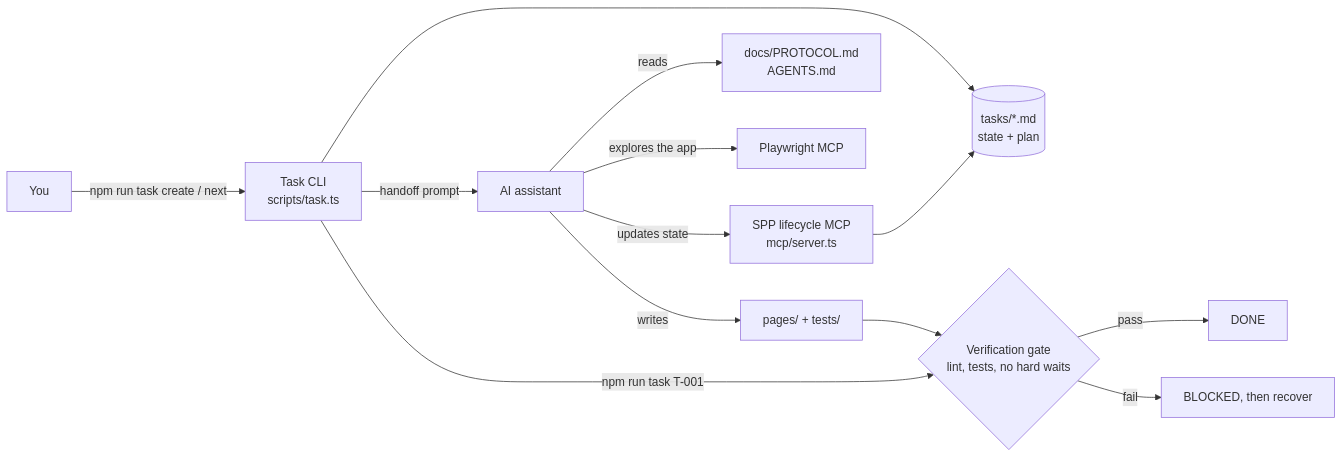
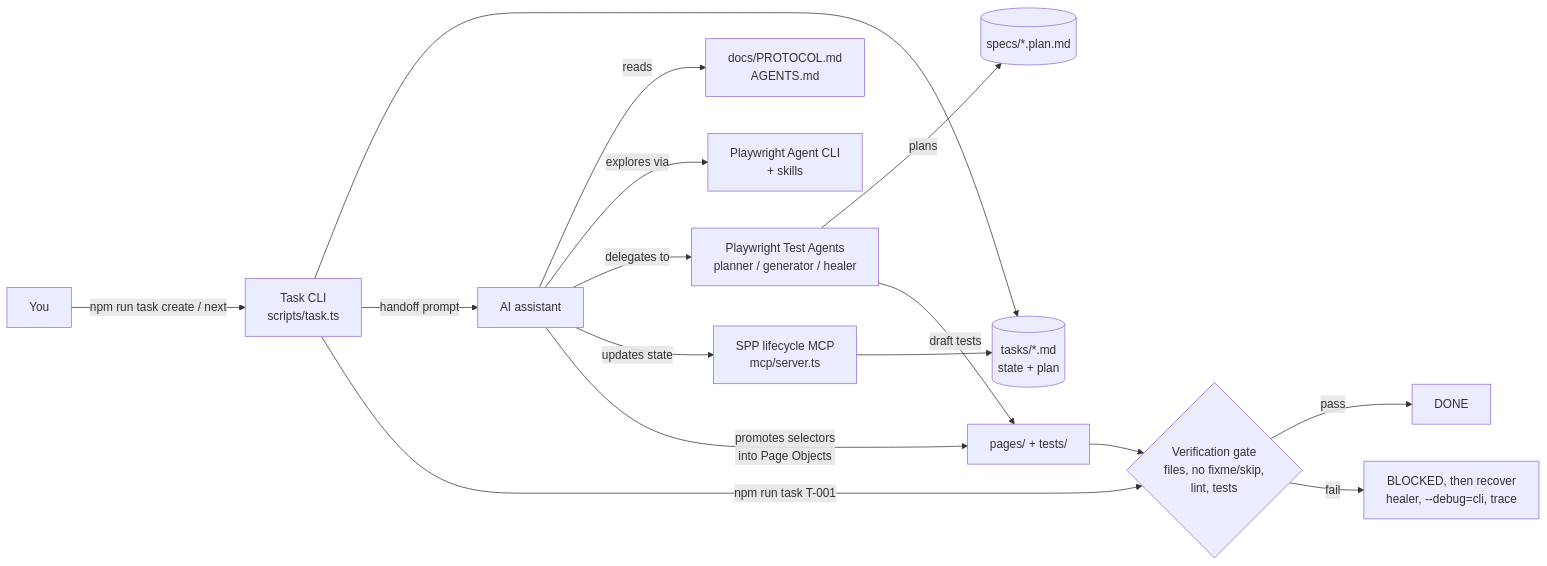
One commit to yashwant-das/ai-ts-playwright-protocol changed the diagram in README.md. Above: the diagram before and after it, drawn with Mermaid. The commit also changed other lines of this file and 65 other files, not shown here.

First line of the commit message:
arch(protocol): SPP v3 with Playwright 1.63 agents (#2)

````diff
--- a/README.md
+++ b/README.md
@@ -17,15 +16,18 @@
 ```mermaid
 flowchart LR
     Dev[You] -->|npm run task create / next| CLI[Task CLI<br/>scripts/task.ts]
     CLI --> Tasks[(tasks/*.md<br/>state + plan)]
     CLI -->|handoff prompt| AI[AI assistant]
     AI -->|reads| Protocol[docs/PROTOCOL.md<br/>AGENTS.md]
-    AI -->|explores the app| PWMCP[Playwright MCP]
+    AI -->|explores via| PWCLI[Playwright Agent CLI<br/>+ skills]
+    AI -->|delegates to| Agents[Playwright Test Agents<br/>planner / generator / healer]
+    Agents -->|plans| Specs[(specs/*.plan.md)]
     AI -->|updates state| SPPMCP[SPP lifecycle MCP<br/>mcp/server.ts]
     SPPMCP --> Tasks
-    AI -->|writes| Code[pages/ + tests/]
-    CLI -->|npm run task T-001| Gate{Verification gate<br/>lint, tests, no hard waits}
+    Agents -->|draft tests| Code[pages/ + tests/]
+    AI -->|promotes selectors<br/>into Page Objects| Code
+    CLI -->|npm run task T-001| Gate{Verification gate<br/>files, no fixme/skip,<br/>lint, tests}
     Code --> Gate
     Gate -->|pass| Done[DONE]
-    Gate -->|fail| Blocked[BLOCKED, then recover]
+    Gate -->|fail| Blocked[BLOCKED, then recover<br/>healer, --debug=cli, trace]
 ```
````
